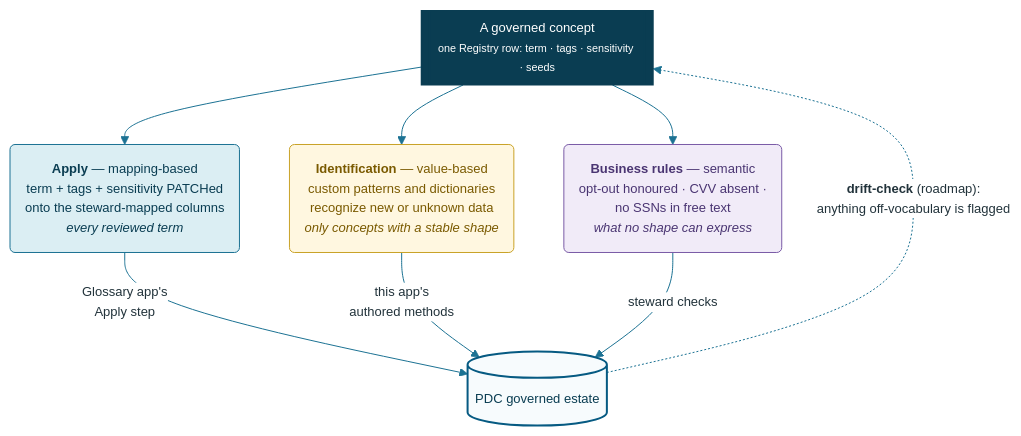
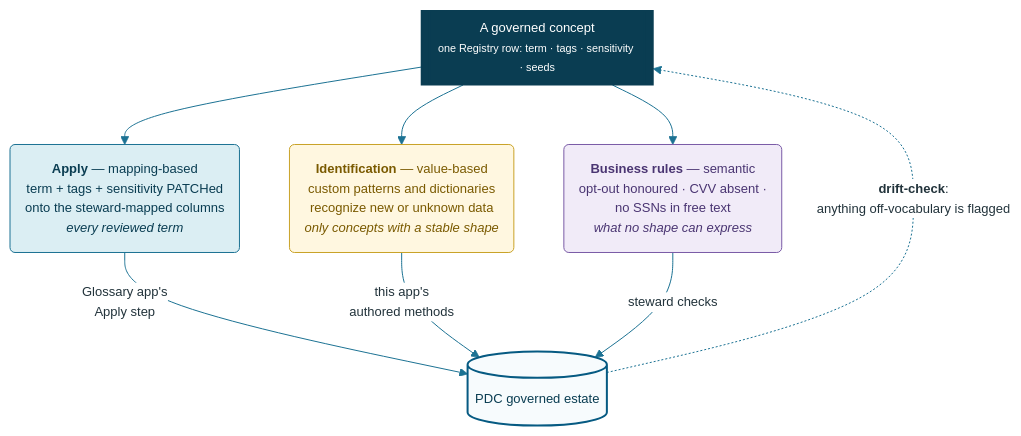
The second of 3 diagrams in README.md (jporeilly/PDC-Policy-Generator), drawn with Mermaid before and after one commit. The commit also changed other lines of this file and 24 other files, not shown here.

First line of the commit message:
1.8.0 - Deploy + Drift-check: the full lifecycle, live-verified

````diff
--- a/README.md
+++ b/README.md
@@ -103,23 +103,23 @@
 ```mermaid
 %%{init: {'theme':'base','themeVariables':{'primaryColor':'#EEF6FA','primaryBorderColor':'#1C7293','primaryTextColor':'#22333B','lineColor':'#1C7293','fontFamily':'Segoe UI, sans-serif','fontSize':'13px','edgeLabelBackground':'#FFFFFF'},'flowchart':{'curve':'basis','nodeSpacing':50,'rankSpacing':60}}}%%
 flowchart TB
     C[["A governed concept<br/><small>one Registry row: term &middot; tags &middot; sensitivity &middot; seeds</small>"]]
     C --> A("<b>Apply</b> &mdash; mapping-based<br/>term + tags + sensitivity PATCHed<br/>onto the steward-mapped columns<br/><i>every reviewed term</i>")
     C --> I("<b>Identification</b> &mdash; value-based<br/>custom patterns and dictionaries<br/>recognize new or unknown data<br/><i>only concepts with a stable shape</i>")
     C --> R("<b>Business rules</b> &mdash; semantic<br/>opt-out honoured &middot; CVV absent &middot;<br/>no SSNs in free text<br/><i>what no shape can express</i>")
     A -- "Glossary app's<br/>Apply step" --> PDC[("PDC governed estate")]
     I -- "this app's<br/>authored methods" --> PDC
     R -- "steward checks" --> PDC
-    PDC -. "<b>drift-check</b> (roadmap):<br/>anything off-vocabulary is flagged" .-> C
+    PDC -. "<b>drift-check</b>:<br/>anything off-vocabulary is flagged" .-> C
 
     classDef map fill:#DBEEF3,stroke:#1C7293,color:#0A3D52
     classDef ident fill:#FFF7E0,stroke:#C9A227,color:#7A5A00
     classDef rule fill:#F1EBF8,stroke:#7A5BA6,color:#4A3572
     classDef contract fill:#0A3D52,color:#fff,stroke:#0A3D52,stroke-width:2px
     classDef pdc fill:#F7FBFD,stroke:#065A82,color:#0A3D52,stroke-width:2px
     class A map
     class I ident
     class R rule
     class C contract
     class PDC pdc
 ```
````
